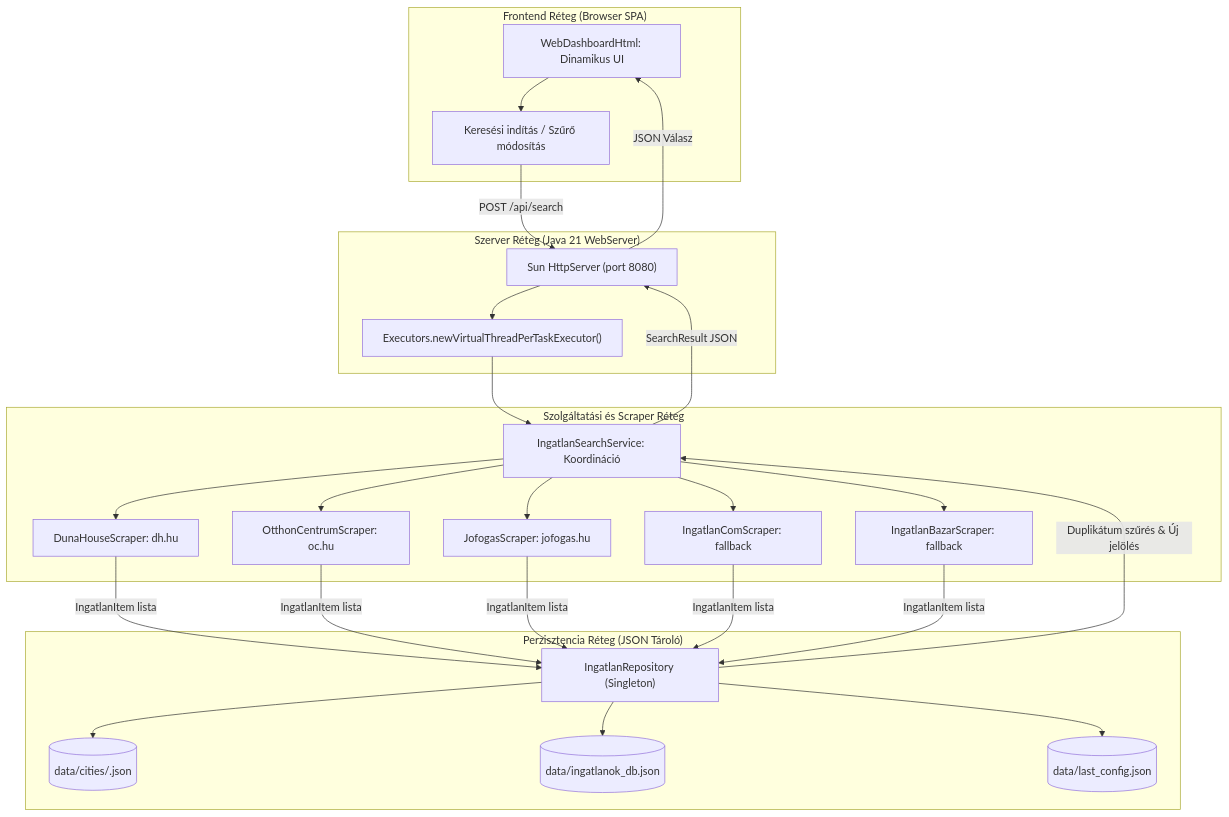
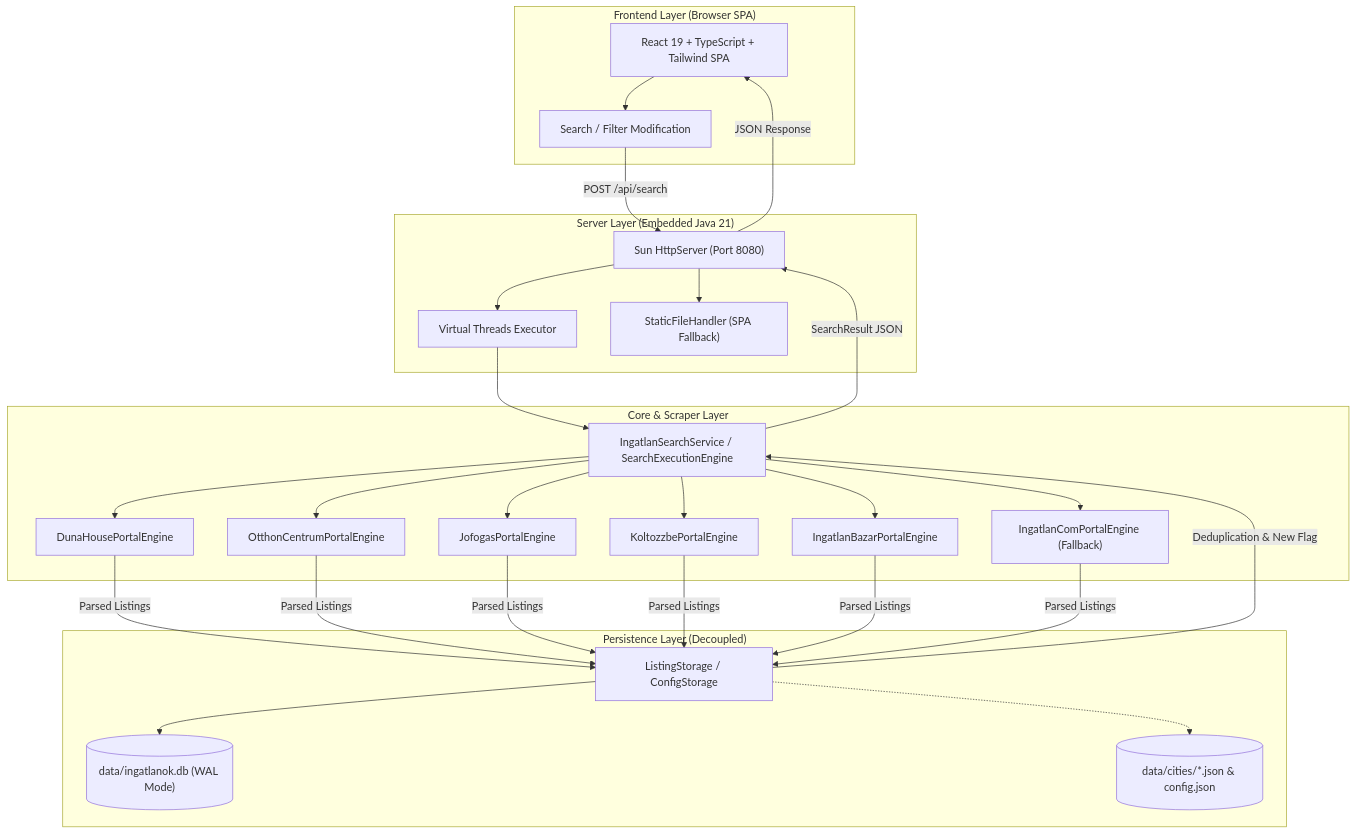
The diagram in gemini.md (Luxeonn/ingatlan-kereso), drawn with Mermaid before and after one commit. The commit also changed other lines of this file and 6 other files, not shown here.

````diff
--- a/gemini.md
+++ b/gemini.md
@@ -13,43 +13,44 @@
 ```mermaid
 flowchart TD
-    subgraph UI ["Frontend Réteg (Browser SPA)"]
-        UI_View["WebDashboardHtml: Dinamikus UI"]
-        UI_Event["Keresési indítás / Szűrő módosítás"]
-        UI_View --> UI_Event
+    subgraph UI ["Frontend Layer (Browser SPA)"]
+        SPA["React 19 + TypeScript + Tailwind SPA"]
+        Event["Search / Filter Modification"]
+        SPA --> Event
     end
 
-    subgraph Server ["Szerver Réteg (Java 21 WebServer)"]
-        HTTP_EP["Sun HttpServer (port 8080)"]
-        V_Thread["Executors.newVirtualThreadPerTaskExecutor()"]
-        HTTP_EP --> V_Thread
+    subgraph Server ["Server Layer (Embedded Java 21)"]
+        HTTP["Sun HttpServer (Port 8080)"]
+        VThread["Virtual Threads Executor"]
+        Static["StaticFileHandler (SPA Fallback)"]
+        HTTP --> VThread
+        HTTP --> Static
     end
 
-    subgraph Service ["Szolgáltatási és Scraper Réteg"]
-        Orchestrator["IngatlanSearchService: Koordináció"]
-        P1["DunaHouseScraper: dh.hu"]
-        P2["OtthonCentrumScraper: oc.hu"]
-        P3["JofogasScraper: jofogas.hu"]
-        P4["IngatlanComScraper: fallback"]
-        P5["IngatlanBazarScraper: fallback"]
+    subgraph Service ["Core & Scraper Layer"]
+        Orchestrator["IngatlanSearchService / SearchExecutionEngine"]
+        P1["DunaHousePortalEngine"]
+        P2["OtthonCentrumPortalEngine"]
+        P3["JofogasPortalEngine"]
+        P4["KoltozzbePortalEngine"]
+        P5["IngatlanBazarPortalEngine"]
+        P6["IngatlanComPortalEngine (Fallback)"]
         
-        Orchestrator --> P1 & P2 & P3 & P4 & P5
+        Orchestrator --> P1 & P2 & P3 & P4 & P5 & P6
     end
 
-    subgraph Persistence ["Perzisztencia Réteg (JSON Tároló)"]
-        Repo["IngatlanRepository (Singleton)"]
-        CityDB[("data/cities/<cityKey>.json")]
-        GlobalDB[("data/ingatlanok_db.json")]
-        Config[("data/last_config.json")]
+    subgraph Persistence ["Persistence Layer (Decoupled)"]
+        Storage["ListingStorage / ConfigStorage"]
+        SQLite[("data/ingatlanok.db (WAL Mode)")]
+        JSON[("data/cities/*.json & config.json")]
         
-        Repo --> CityDB
-        Repo --> GlobalDB
-        Repo --> Config
+        Storage --> SQLite
+        Storage -.-> JSON
     end
 
-    UI_Event -->|POST /api/search| HTTP_EP
-    V_Thread --> Orchestrator
-    P1 & P2 & P3 & P4 & P5 -->|IngatlanItem lista| Repo
-    Repo -->|Duplikátum szűrés & Új jelölés| Orchestrator
-    Orchestrator -->|SearchResult JSON| HTTP_EP
-    HTTP_EP -->|JSON Válasz| UI_View
+    Event -->|POST /api/search| HTTP
+    VThread --> Orchestrator
+    P1 & P2 & P3 & P4 & P5 & P6 -->|Parsed Listings| Storage
+    Storage -->|Deduplication & New Flag| Orchestrator
+    Orchestrator -->|SearchResult JSON| HTTP
+    HTTP -->|JSON Response| SPA
 ```
````
